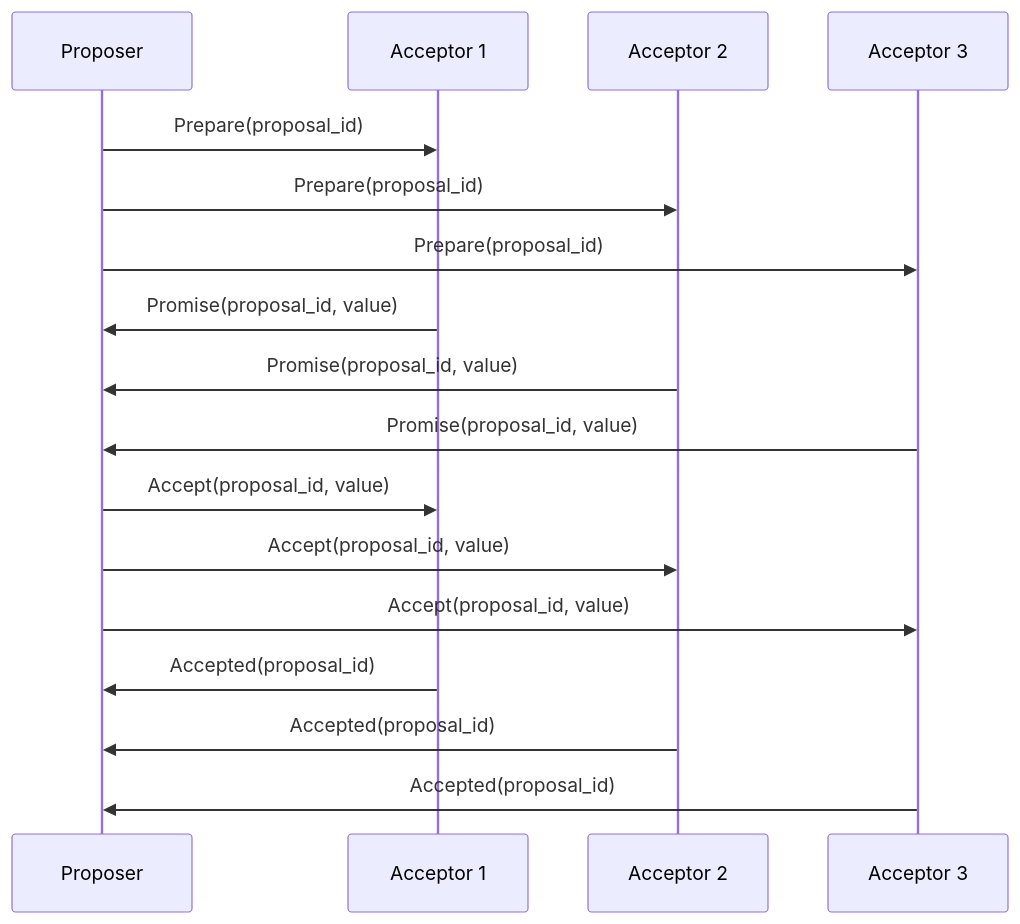
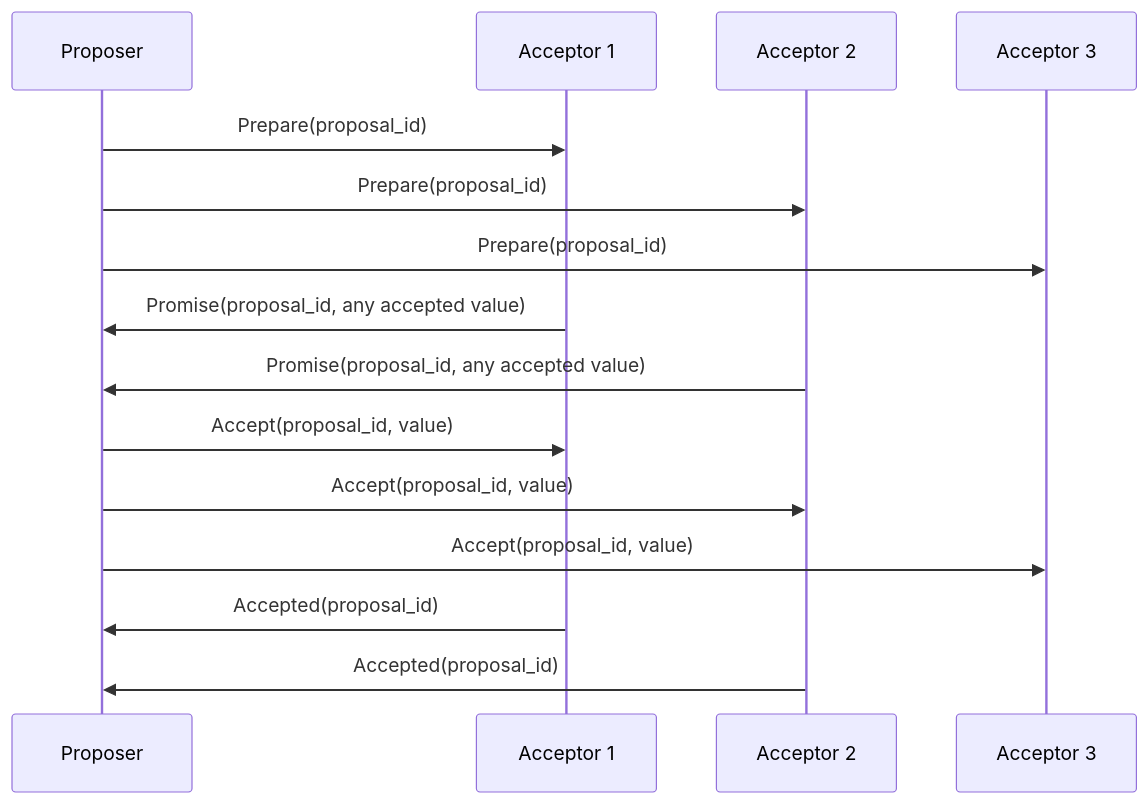
Before and after one commit to mohllal/system-design-interview-prep: the second of 4 diagrams in fundamentals/29-consensus.md, drawn with Mermaid. The commit also changed other lines of this file and 35 other files, not shown here.

````diff
--- a/fundamentals/29-consensus.md
+++ b/fundamentals/29-consensus.md
@@ -125,23 +145,21 @@
 ```mermaid
 sequenceDiagram
     participant P as Proposer
     participant A1 as Acceptor 1
     participant A2 as Acceptor 2
     participant A3 as Acceptor 3
-    
+
     P->>A1: Prepare(proposal_id)
     P->>A2: Prepare(proposal_id)
     P->>A3: Prepare(proposal_id)
-    
-    A1->>P: Promise(proposal_id, value)
-    A2->>P: Promise(proposal_id, value)
-    A3->>P: Promise(proposal_id, value)
-    
+
+    A1->>P: Promise(proposal_id, any accepted value)
+    A2->>P: Promise(proposal_id, any accepted value)
+
     P->>A1: Accept(proposal_id, value)
     P->>A2: Accept(proposal_id, value)
     P->>A3: Accept(proposal_id, value)
-    
+
     A1->>P: Accepted(proposal_id)
     A2->>P: Accepted(proposal_id)
-    A3->>P: Accepted(proposal_id)
 ```
````
